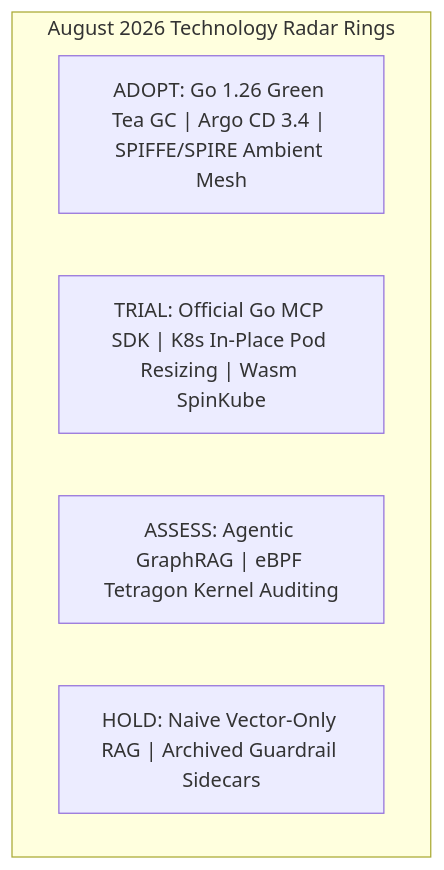
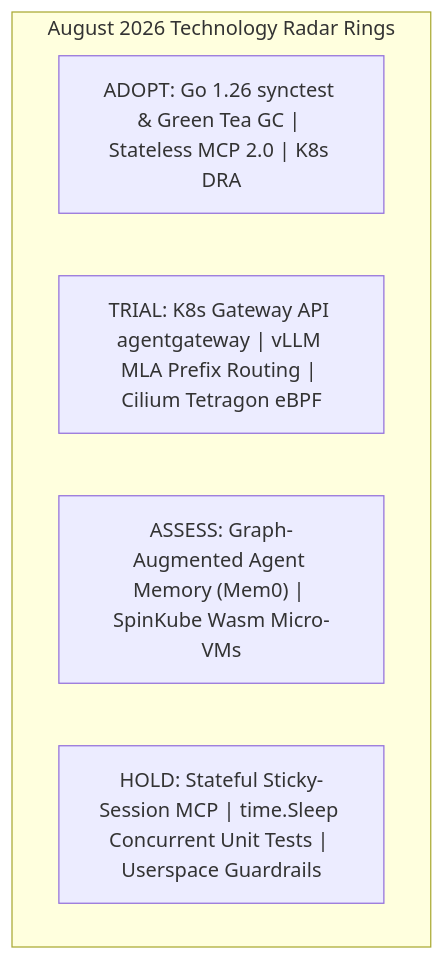
Before and after one commit to vesviet/vesviet: the diagram in content/radar/2026-08/_index.md, drawn with Mermaid. The commit also changed other lines of this file and 1 other file, not shown here.

````diff
--- a/content/radar/2026-08/_index.md
+++ b/content/radar/2026-08/_index.md
@@ -39,9 +36,9 @@
 ```mermaid
 flowchart TD
     subgraph Rings ["August 2026 Technology Radar Rings"]
-        Adopt["ADOPT: Go 1.26 Green Tea GC | Argo CD 3.4 | SPIFFE/SPIRE Ambient Mesh"]
-        Trial["TRIAL: Official Go MCP SDK | K8s In-Place Pod Resizing | Wasm SpinKube"]
-        Assess["ASSESS: Agentic GraphRAG | eBPF Tetragon Kernel Auditing"]
-        Hold["HOLD: Naive Vector-Only RAG | Archived Guardrail Sidecars"]
+        Adopt["ADOPT: Go 1.26 synctest & Green Tea GC | Stateless MCP 2.0 | K8s DRA"]
+        Trial["TRIAL: K8s Gateway API agentgateway | vLLM MLA Prefix Routing | Cilium Tetragon eBPF"]
+        Assess["ASSESS: Graph-Augmented Agent Memory (Mem0) | SpinKube Wasm Micro-VMs"]
+        Hold["HOLD: Stateful Sticky-Session MCP | time.Sleep Concurrent Unit Tests | Userspace Guardrails"]
     end
 ```
````
